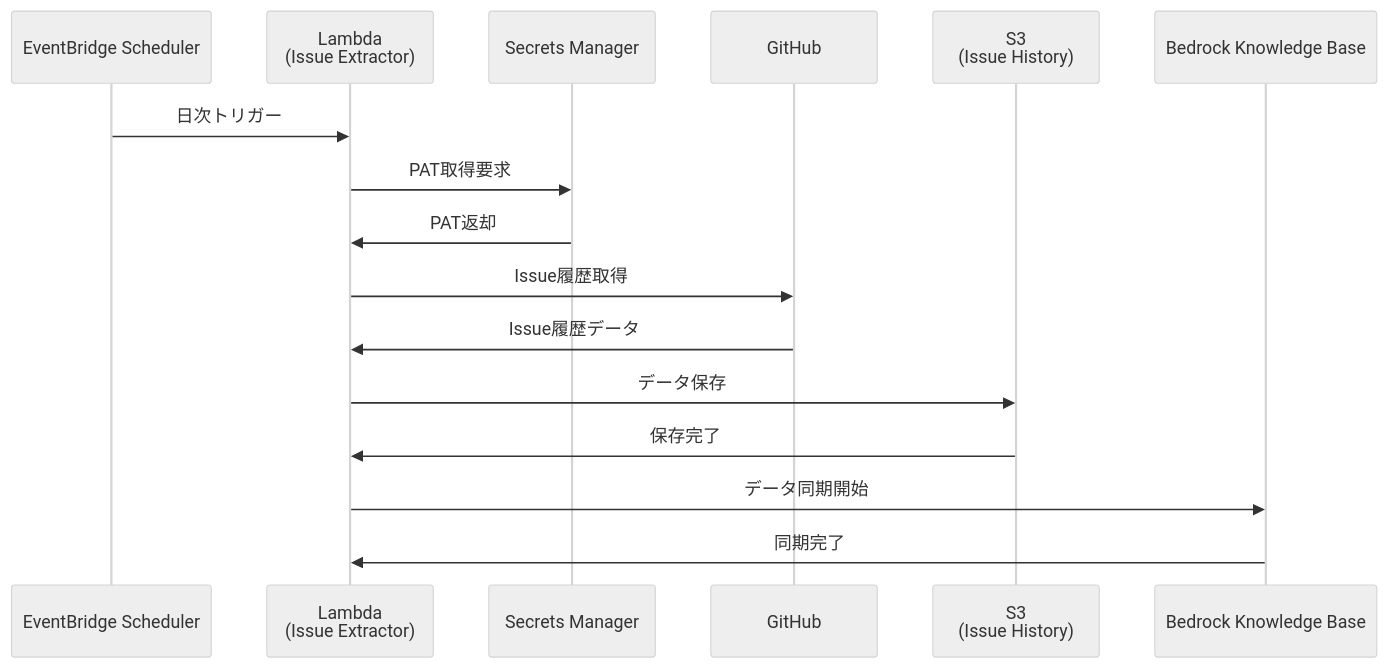
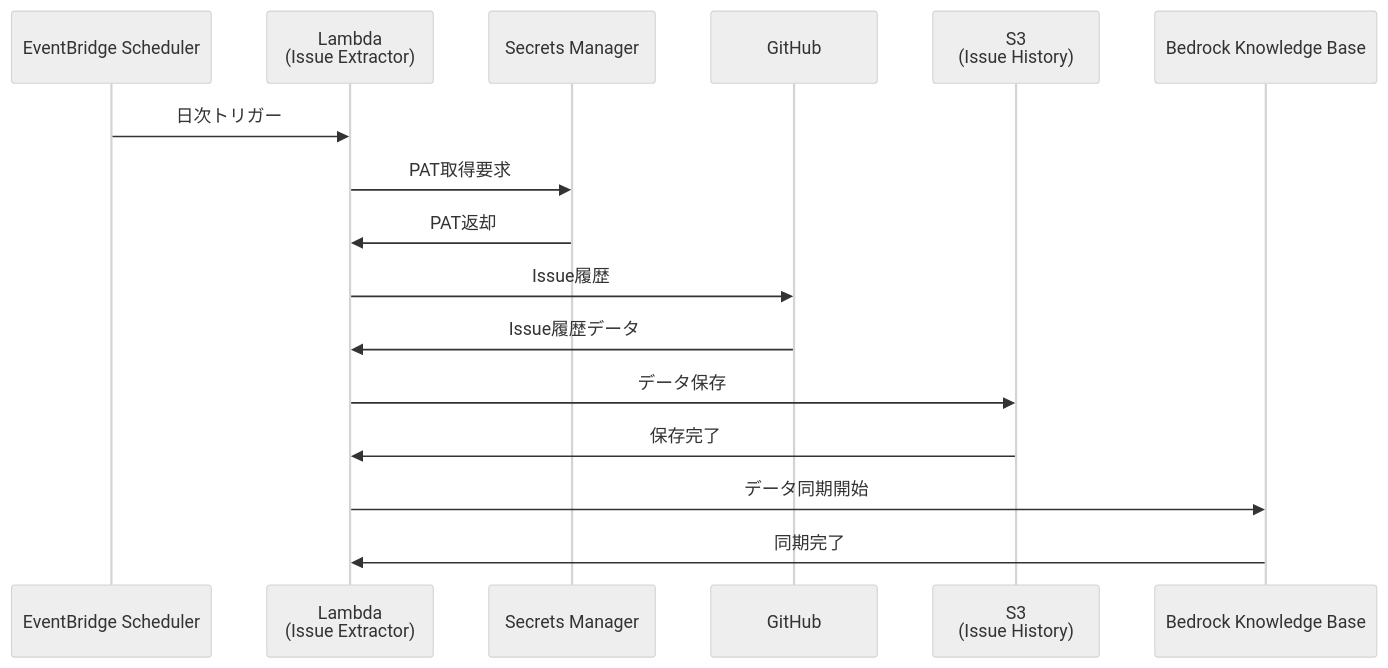
One commit to nangashi/ai-test changed the seventh of 7 diagrams in DESIGN.md. Above: the diagram before and after it, drawn with Mermaid (neutral theme). The commit also changed other lines of this file, not shown here.

````diff
--- a/DESIGN.md
+++ b/DESIGN.md
@@ -387,19 +387,19 @@
 ```mermaid
 sequenceDiagram
     participant ES as EventBridge Scheduler
     participant L3 as Lambda<br/>(Issue Extractor)
     participant SM as Secrets Manager
     participant GH as GitHub
     participant S3 as S3<br/>(Issue History)
     participant KB as Bedrock Knowledge Base
 
     ES->>L3: 日次トリガー
     L3->>SM: PAT取得要求
     SM->>L3: PAT返却
-    L3->>GH: Issue履歴取得
+    L3->>GH: Issue履歴
     GH->>L3: Issue履歴データ
     L3->>S3: データ保存
     S3->>L3: 保存完了
     L3->>KB: データ同期開始
     KB->>L3: 同期完了
 ```
````
